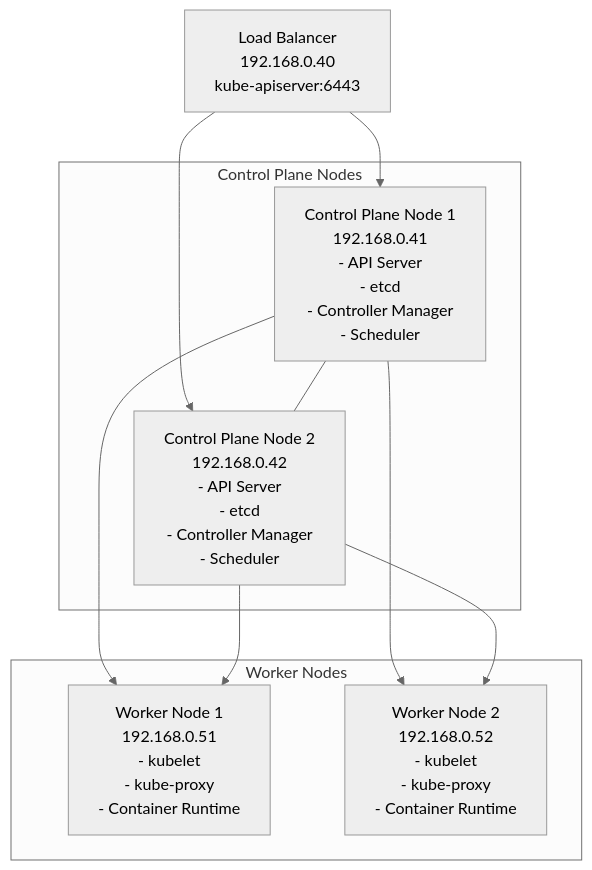
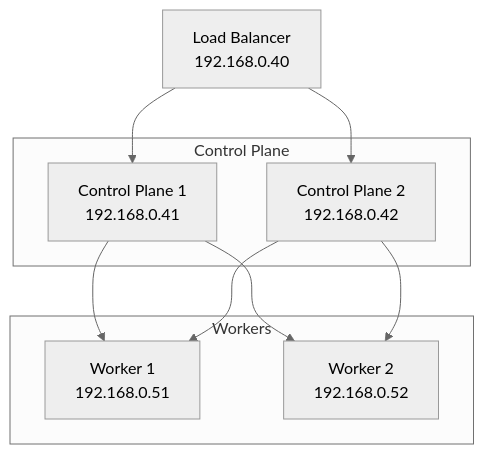
Before and after one commit to codesenju/kubelab: the diagram in README.md, drawn with Mermaid (neutral theme). The commit also changed other lines of this file and 6 other files, not shown here.

````diff
--- a/README.md
+++ b/README.md
@@ -3,23 +67,21 @@
 ```mermaid
 graph TD
-    subgraph "Control Plane Nodes"
-        CP1[Control Plane Node 1<br/>192.168.0.41<br/>- API Server<br/>- etcd<br/>- Controller Manager<br/>- Scheduler]
-        CP2[Control Plane Node 2<br/>192.168.0.42<br/>- API Server<br/>- etcd<br/>- Controller Manager<br/>- Scheduler]
+    subgraph "Control Plane"
+        CP1[Control Plane 1<br/>192.168.0.41]
+        CP2[Control Plane 2<br/>192.168.0.42]
     end
 
-    subgraph "Worker Nodes"
-        W1[Worker Node 1<br/>192.168.0.51<br/>- kubelet<br/>- kube-proxy<br/>- Container Runtime]
-        W2[Worker Node 2<br/>192.168.0.52<br/>- kubelet<br/>- kube-proxy<br/>- Container Runtime]
+    subgraph "Workers"
+        W1[Worker 1<br/>192.168.0.51]
+        W2[Worker 2<br/>192.168.0.52]
     end
 
-    LB[Load Balancer<br/>192.168.0.40<br/>kube-apiserver:6443]
-
+    LB[Load Balancer<br/>192.168.0.40]
+    
     LB --> CP1
     LB --> CP2
-    CP1 --- CP2
     CP1 --> W1
     CP1 --> W2
     CP2 --> W1
     CP2 --> W2
-
 ```
````
